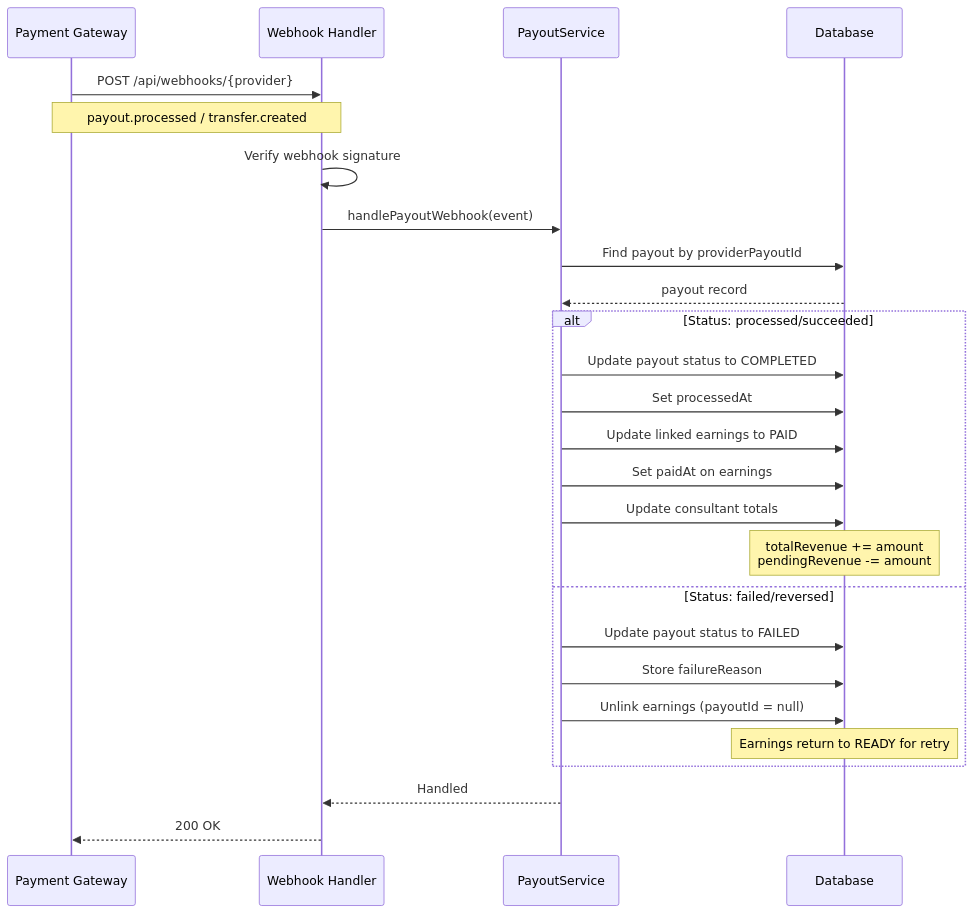
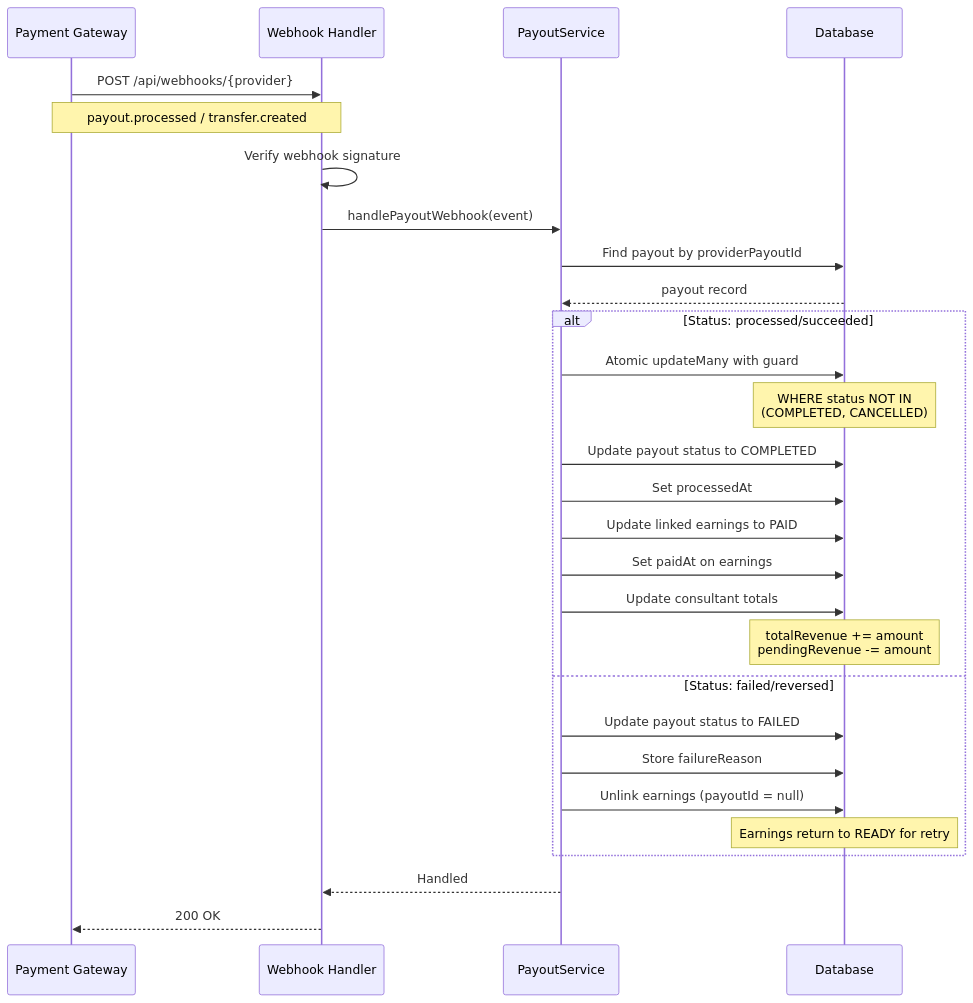
The seventh of 9 diagrams in docs/payments/payouts/03-payout-processing.md (Practitionist/familiarise_web), drawn with Mermaid before and after one commit. The commit also changed other lines of this file and 13 other files, not shown here.

````diff
--- a/docs/payments/payouts/03-payout-processing.md
+++ b/docs/payments/payouts/03-payout-processing.md
@@ -259,33 +265,35 @@
 ```mermaid
 sequenceDiagram
     participant PG as Payment Gateway
     participant WH as Webhook Handler
     participant PS as PayoutService
     participant DB as Database
 
     PG->>WH: POST /api/webhooks/{provider}
     Note over PG,WH: payout.processed / transfer.created
 
     WH->>WH: Verify webhook signature
     WH->>PS: handlePayoutWebhook(event)
 
     PS->>DB: Find payout by providerPayoutId
     DB-->>PS: payout record
 
     alt Status: processed/succeeded
+        PS->>DB: Atomic updateMany with guard
+        Note over DB: WHERE status NOT IN<br/>(COMPLETED, CANCELLED)
         PS->>DB: Update payout status to COMPLETED
         PS->>DB: Set processedAt
         PS->>DB: Update linked earnings to PAID
         PS->>DB: Set paidAt on earnings
         PS->>DB: Update consultant totals
         Note over DB: totalRevenue += amount<br/>pendingRevenue -= amount
     else Status: failed/reversed
         PS->>DB: Update payout status to FAILED
         PS->>DB: Store failureReason
         PS->>DB: Unlink earnings (payoutId = null)
         Note over DB: Earnings return to READY for retry
     end
 
     PS-->>WH: Handled
     WH-->>PG: 200 OK
 ```
````
